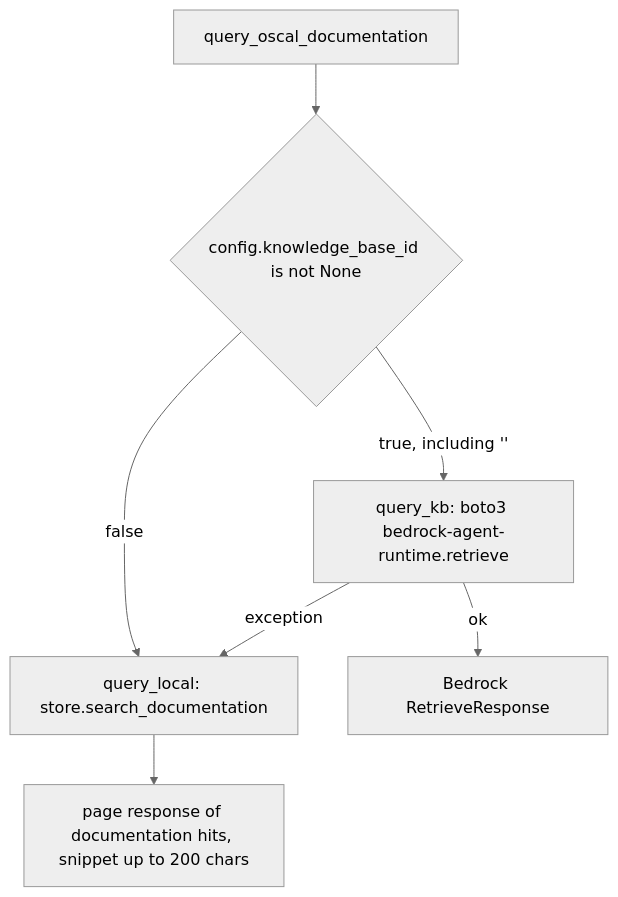
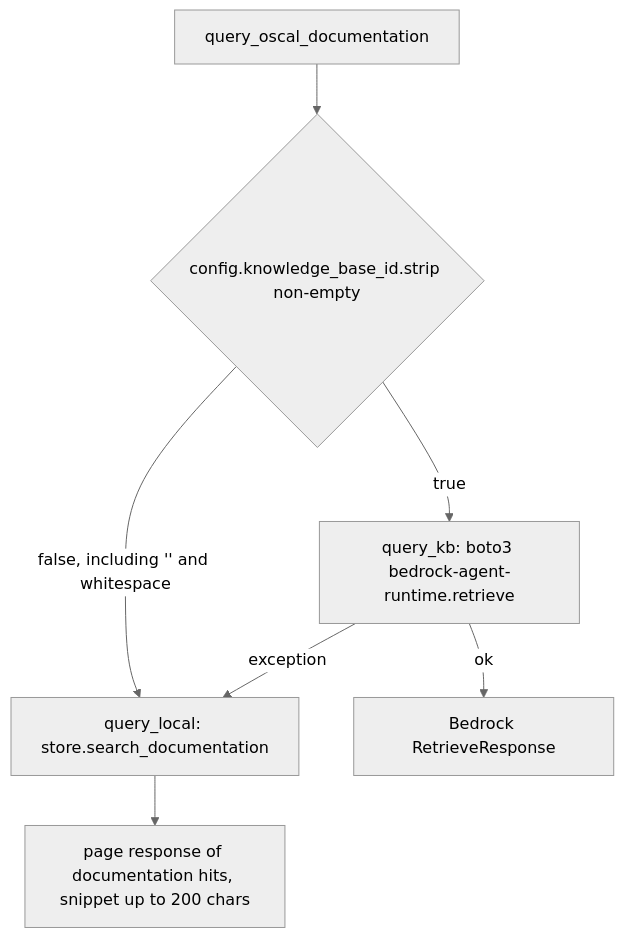
Before and after one commit to dfkunstler/mcp-server-for-oscal: the second of 5 diagrams in .agents/summary/workflows.md, drawn with Mermaid (neutral theme). The commit also changed other lines of this file and 9 other files, not shown here.

````diff
--- a/.agents/summary/workflows.md
+++ b/.agents/summary/workflows.md
@@ -28,9 +28,9 @@
 ```mermaid
 flowchart TD
-    Q[query_oscal_documentation] --> C{config.knowledge_base_id is not None}
-    C -- true, including '' --> KB[query_kb: boto3 bedrock-agent-runtime.retrieve]
+    Q[query_oscal_documentation] --> C{config.knowledge_base_id.strip non-empty}
+    C -- true --> KB[query_kb: boto3 bedrock-agent-runtime.retrieve]
     KB -- exception --> L[query_local: store.search_documentation]
     KB -- ok --> R1[Bedrock RetrieveResponse]
-    C -- false --> L
+    C -- false, including '' and whitespace --> L
     L --> R2[page response of documentation hits, snippet up to 200 chars]
 ```
````
